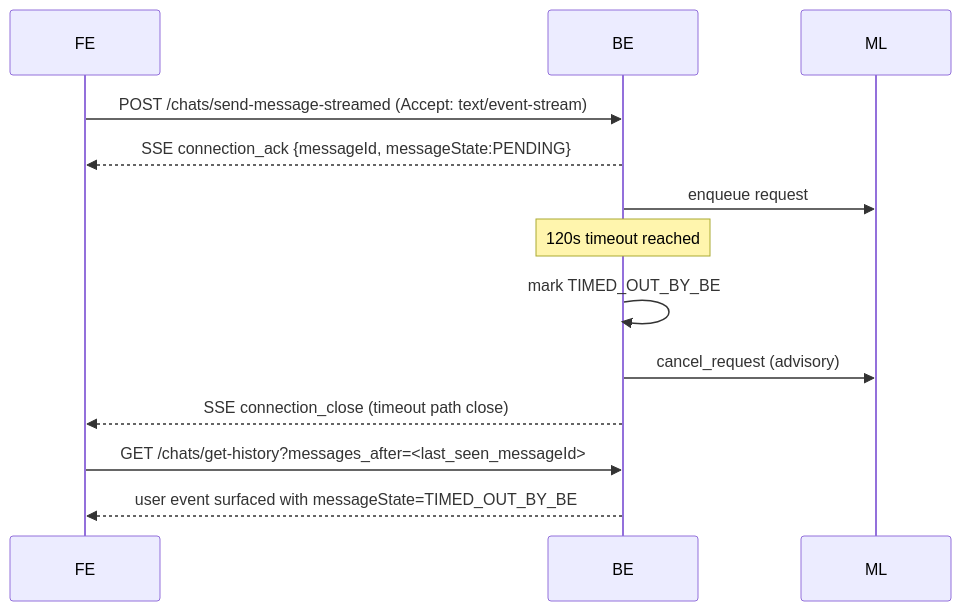
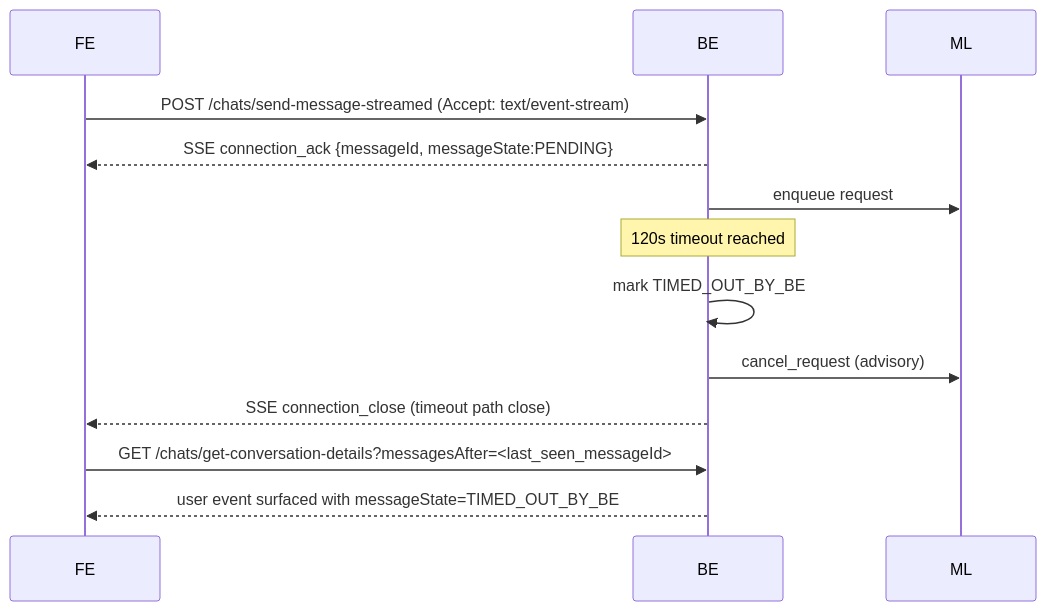
One commit to sachin-hg/chat-demo changed the second of 6 diagrams in chat_v1.md. Above: the diagram before and after it, drawn with Mermaid. The commit also changed other lines of this file and 2 other files, not shown here.

````diff
--- a/chat_v1.md
+++ b/chat_v1.md
@@ -547,18 +545,18 @@
 ```mermaid
 sequenceDiagram
     participant FE
     participant BE
     participant ML
 
     FE->>BE: POST /chats/send-message-streamed (Accept: text/event-stream)
     BE-->>FE: SSE connection_ack {messageId, messageState:PENDING}
     BE->>ML: enqueue request
 
     Note over BE: 120s timeout reached
     BE->>BE: mark TIMED_OUT_BY_BE
     BE->>ML: cancel_request (advisory)
     BE-->>FE: SSE connection_close (timeout path close)
-    FE->>BE: GET /chats/get-history?messages_after=<last_seen_messageId>
+    FE->>BE: GET /chats/get-conversation-details?messagesAfter=<last_seen_messageId>
     BE-->>FE: user event surfaced with messageState=TIMED_OUT_BY_BE
 
 ```
````
